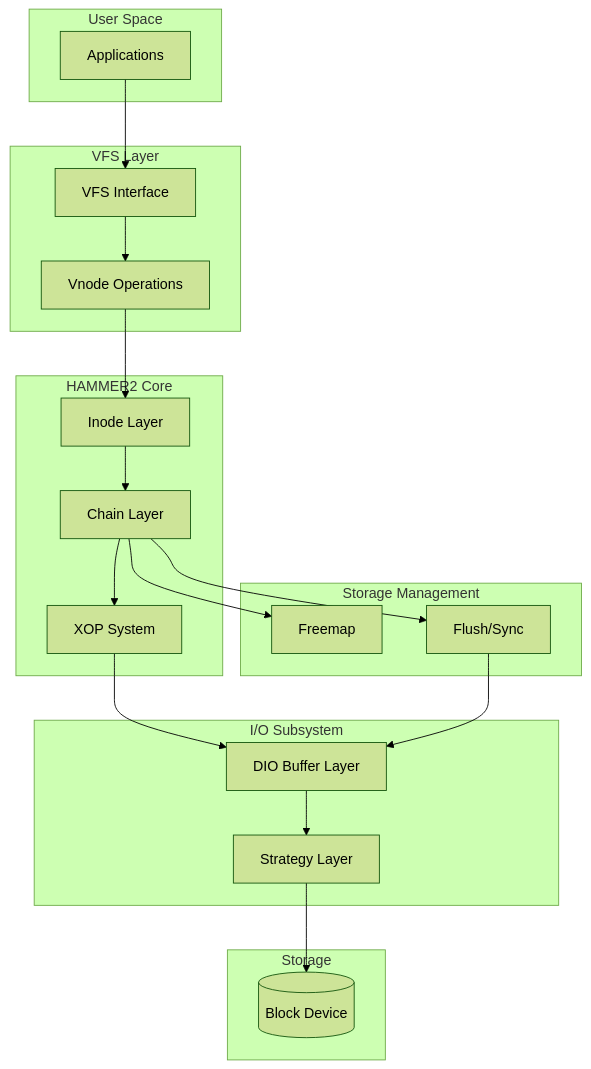
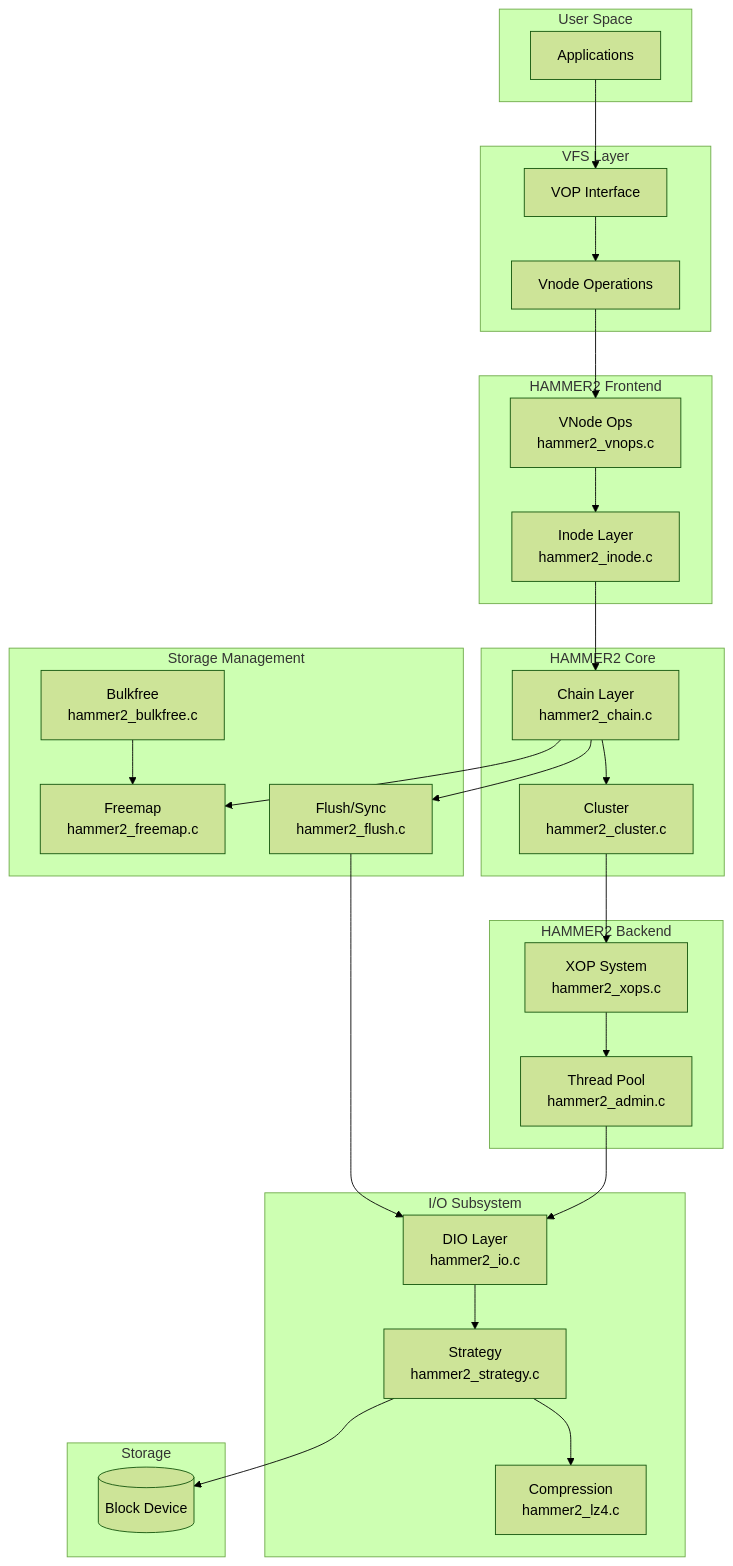
The third of 6 diagrams in docs/sys/vfs/hammer2/index.md (tuxillo/dragonflybsd-source-docs), drawn with Mermaid (forest theme) before and after one commit. The commit also changed other lines of this file, not shown here.

First line of the commit message:
Expand HAMMER2 overview with core concepts and architecture

````diff
--- a/docs/sys/vfs/hammer2/index.md
+++ b/docs/sys/vfs/hammer2/index.md
@@ -21,43 +145,59 @@
 ```mermaid
-graph TB
-    subgraph "User Space"
+flowchart TB
+    subgraph userspace["User Space"]
         APP[Applications]
     end
     
-    subgraph "VFS Layer"
-        VFS[VFS Interface]
+    subgraph vfs["VFS Layer"]
+        VOP[VOP Interface]
         VNODE[Vnode Operations]
     end
     
-    subgraph "HAMMER2 Core"
-        INODE[Inode Layer]
-        CHAIN[Chain Layer]
-        XOP[XOP System]
+    subgraph frontend["HAMMER2 Frontend"]
+        INODE[Inode Layer<br/>hammer2_inode.c]
+        VNOPS[VNode Ops<br/>hammer2_vnops.c]
     end
     
-    subgraph "I/O Subsystem"
-        DIO[DIO Buffer Layer]
-        STRAT[Strategy Layer]
+    subgraph core["HAMMER2 Core"]
+        CHAIN[Chain Layer<br/>hammer2_chain.c]
+        CLUSTER[Cluster<br/>hammer2_cluster.c]
     end
     
-    subgraph "Storage Management"
-        FREEMAP[Freemap]
-        FLUSH[Flush/Sync]
+    subgraph backend["HAMMER2 Backend"]
+        XOP[XOP System<br/>hammer2_xops.c]
+        ADMIN[Thread Pool<br/>hammer2_admin.c]
     end
     
-    subgraph "Storage"
-        DISK[(Block Device)]
+    subgraph io["I/O Subsystem"]
+        DIO[DIO Layer<br/>hammer2_io.c]
+        STRAT[Strategy<br/>hammer2_strategy.c]
+        COMP[Compression<br/>hammer2_lz4.c]
     end
     
-    APP --> VFS
-    VFS --> VNODE
-    VNODE --> INODE
+    subgraph storage["Storage Management"]
+        FREEMAP[Freemap<br/>hammer2_freemap.c]
+        FLUSH[Flush/Sync<br/>hammer2_flush.c]
+        BULK[Bulkfree<br/>hammer2_bulkfree.c]
+    end
+    
+    subgraph disk["Storage"]
+        DEV[(Block Device)]
+    end
+    
+    APP --> VOP
+    VOP --> VNODE
+    VNODE --> VNOPS
+    VNOPS --> INODE
     INODE --> CHAIN
-    CHAIN --> XOP
-    XOP --> DIO
+    CHAIN --> CLUSTER
+    CLUSTER --> XOP
+    XOP --> ADMIN
+    ADMIN --> DIO
     DIO --> STRAT
-    STRAT --> DISK
+    STRAT --> COMP
+    STRAT --> DEV
     CHAIN --> FREEMAP
     CHAIN --> FLUSH
     FLUSH --> DIO
+    BULK --> FREEMAP
 ```
````
